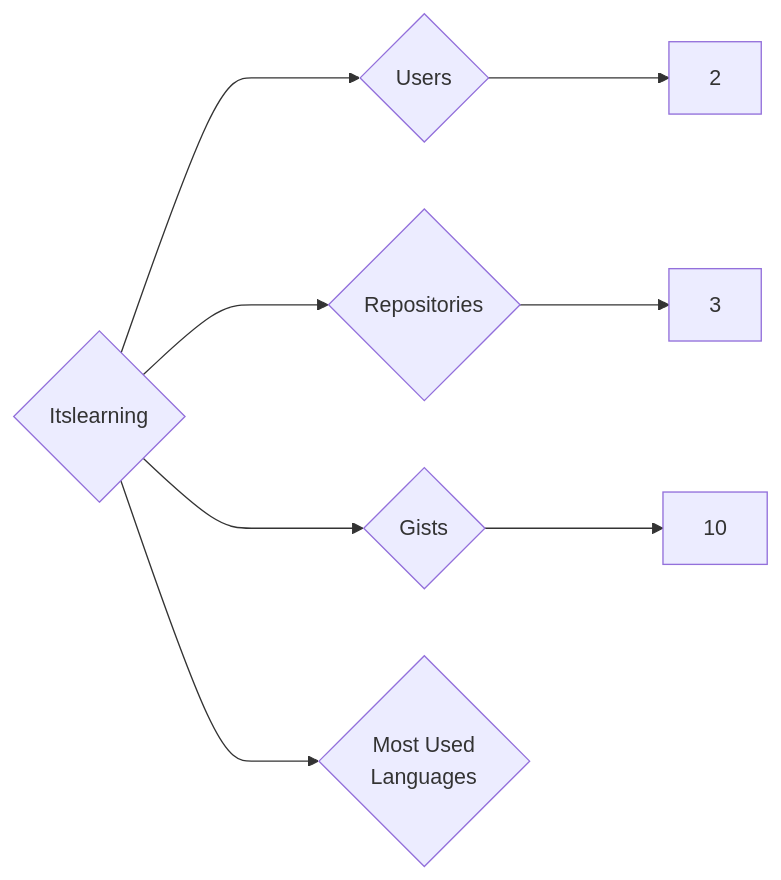
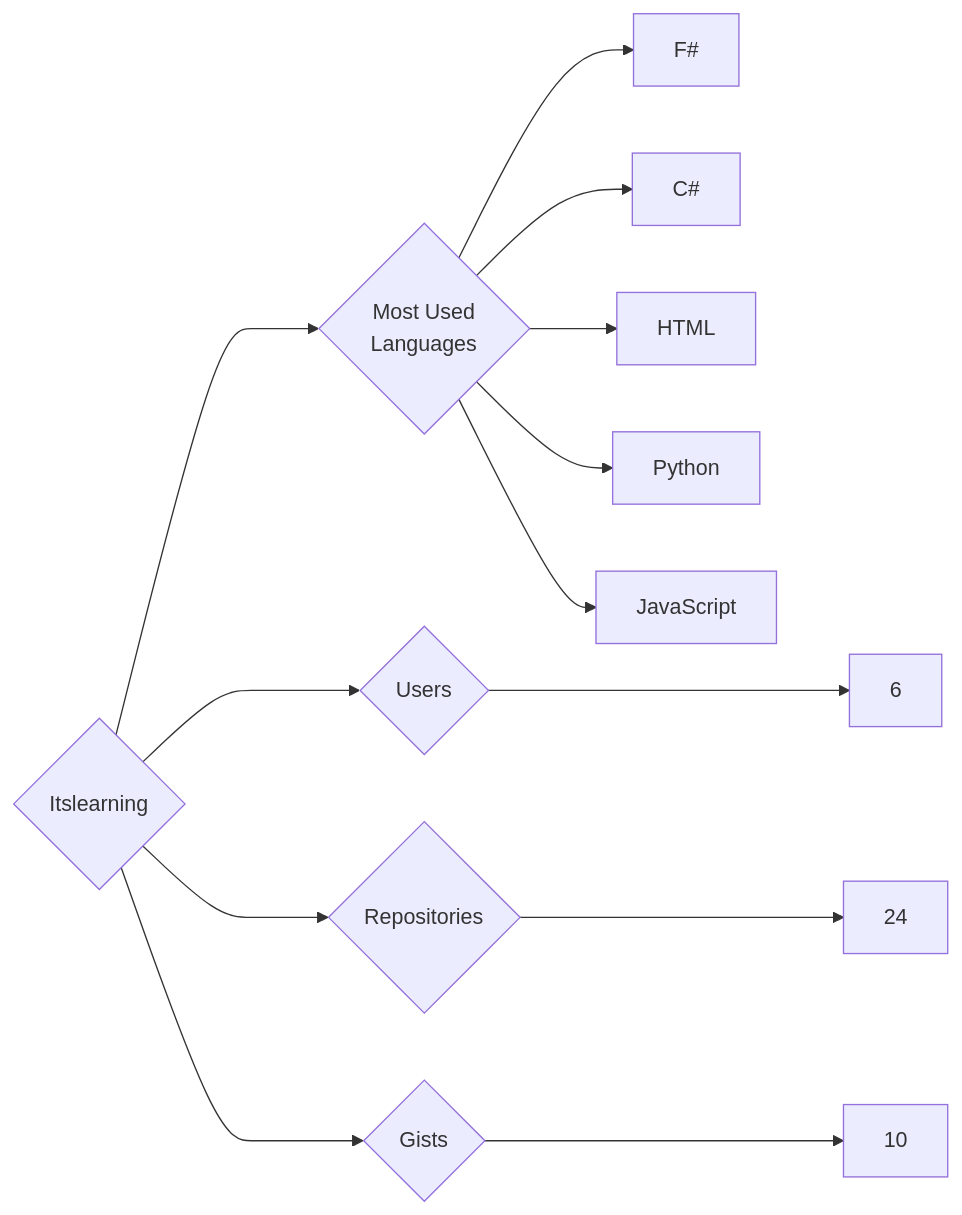
One commit to trickest/insiders changed the diagram in targets/Itslearning/README.md. Above: the diagram before and after it, drawn with Mermaid. The commit also changed 925 other files, not shown here.

````diff
--- a/targets/Itslearning/README.md
+++ b/targets/Itslearning/README.md
@@ -3,8 +3,13 @@
 ```mermaid
 graph LR
 COMPANY_NAME{Itslearning}
-COMPANY_NAME ---> U{Users} ---> UN[2]
-COMPANY_NAME ---> R{Repositories} ---> RN[3]
+COMPANY_NAME ---> U{Users} ---> UN[6]
+COMPANY_NAME ---> R{Repositories} ---> RN[24]
 COMPANY_NAME ---> G{Gists} ---> GN[10]
 COMPANY_NAME ---> ML{Most Used<br>Languages}
+ML --> F#[F#]
+ML --> C#[C#]
+ML --> HTML[HTML]
+ML --> Python[Python]
+ML --> JavaScript[JavaScript]
 ```
````
